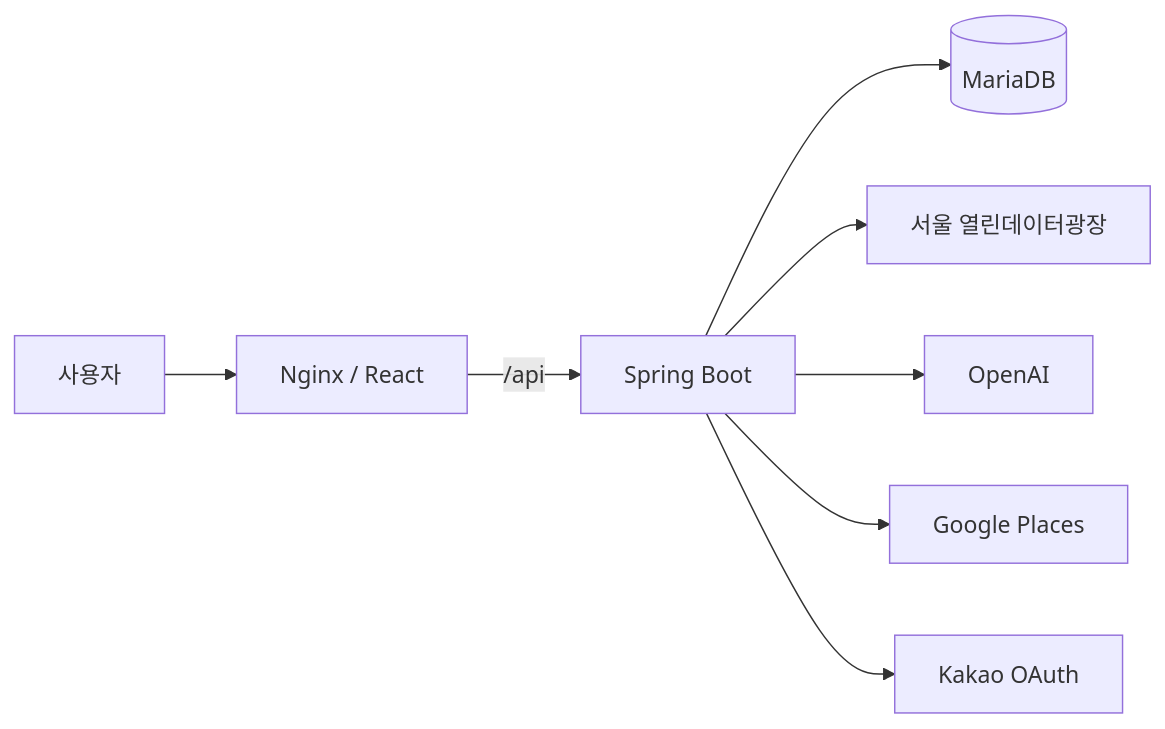
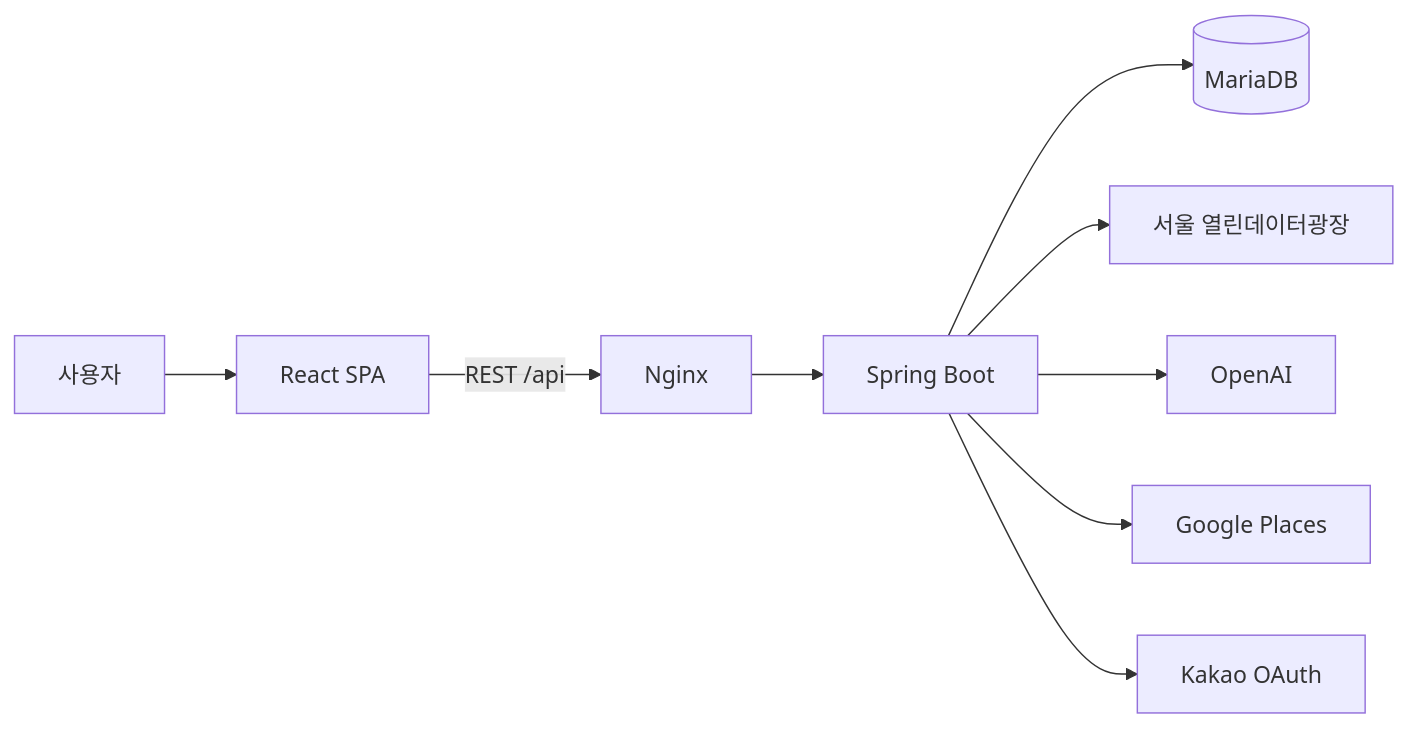
One commit to CultureMate/CultureMate-platform changed the diagram in README.md. Above: the diagram before and after it, drawn with Mermaid. The commit also changed other lines of this file, not shown here.

````diff
--- a/README.md
+++ b/README.md
@@ -49,10 +58,11 @@
 ```mermaid
 flowchart LR
-    U[사용자] --> N[Nginx / React]
-    N -->|/api| B[Spring Boot]
-    B --> M[(MariaDB)]
-    B --> S[서울 열린데이터광장]
-    B --> O[OpenAI]
-    B --> G[Google Places]
-    B --> K[Kakao OAuth]
+    U[사용자] --> F[React SPA]
+    F -->|REST /api| N[Nginx]
+    N --> B[Spring Boot]
+    B --> DB[(MariaDB)]
+    B --> SEOUL[서울 열린데이터광장]
+    B --> OPENAI[OpenAI]
+    B --> PLACES[Google Places]
+    B --> KAKAO[Kakao OAuth]
 ```
````
